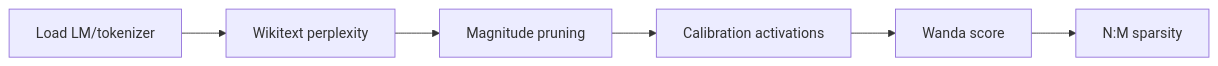
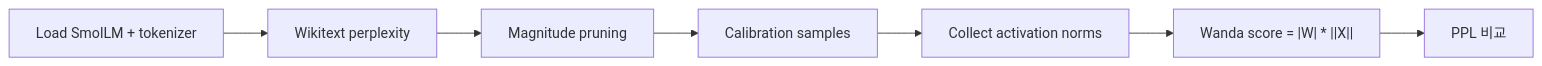
Before and after one commit to knowgyu/aisp: the diagram in study_notes/on_device_ai/practice/04_pruning_llm_practice_guide.md, drawn with Mermaid. The commit also changed other lines of this file and 10 other files, not shown here.

````diff
--- a/study_notes/on_device_ai/practice/04_pruning_llm_practice_guide.md
+++ b/study_notes/on_device_ai/practice/04_pruning_llm_practice_guide.md
@@ -11,14 +10,9 @@
 ```mermaid
 flowchart LR
-  A["Load LM/tokenizer"]
-  B["Wikitext perplexity"]
-  A --> B
-  C["Magnitude pruning"]
-  B --> C
-  D["Calibration activations"]
-  C --> D
-  E["Wanda score"]
-  D --> E
-  F["N:M sparsity"]
-  E --> F
+  A["Load SmolLM + tokenizer"] --> B["Wikitext perplexity"]
+  B --> C["Magnitude pruning"]
+  C --> D["Calibration samples"]
+  D --> E["Collect activation norms"]
+  E --> F["Wanda score = |W| * ||X||"]
+  F --> G["PPL 비교"]
 ```
````
